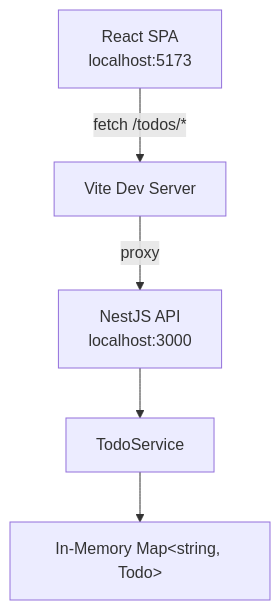
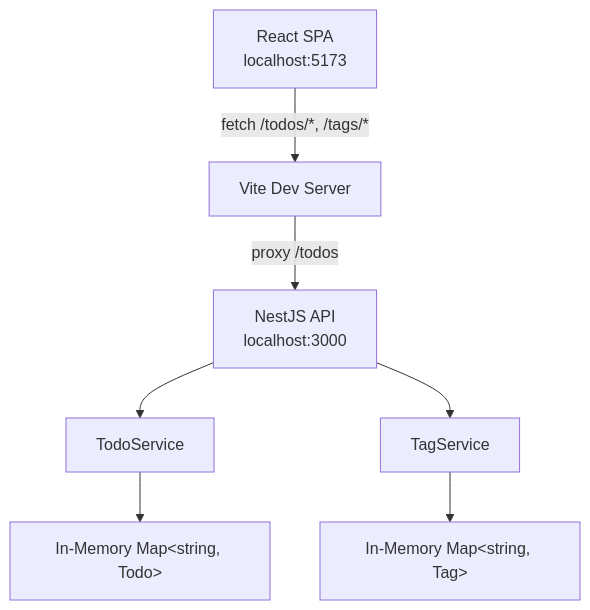
One commit to yoavs-shipin/todo-app changed the diagram in docs/spec.md. Above: the diagram before and after it, drawn with Mermaid. The commit also changed other lines of this file and 3 other files, not shown here.

````diff
--- a/docs/spec.md
+++ b/docs/spec.md
@@ -5,7 +5,9 @@
 ```mermaid
 graph TD
-    Browser[React SPA<br/>localhost:5173] -->|fetch /todos/*| Vite[Vite Dev Server]
-    Vite -->|proxy| NestJS[NestJS API<br/>localhost:3000]
-    NestJS --> Service[TodoService]
-    Service --> Store[In-Memory Map&lt;string, Todo&gt;]
+    Browser[React SPA<br/>localhost:5173] -->|fetch /todos/*, /tags/*| Vite[Vite Dev Server]
+    Vite -->|proxy /todos| NestJS[NestJS API<br/>localhost:3000]
+    NestJS --> TodoService[TodoService]
+    NestJS --> TagService[TagService]
+    TodoService --> TodoStore[In-Memory Map&lt;string, Todo&gt;]
+    TagService --> TagStore[In-Memory Map&lt;string, Tag&gt;]
 ```
````
